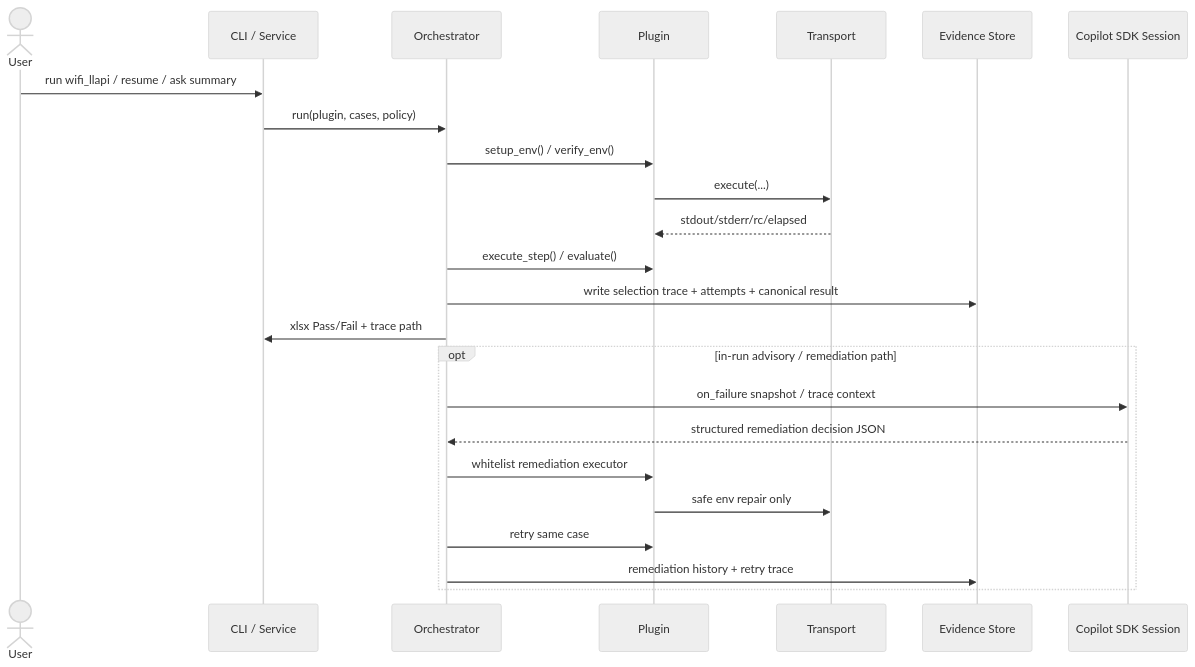
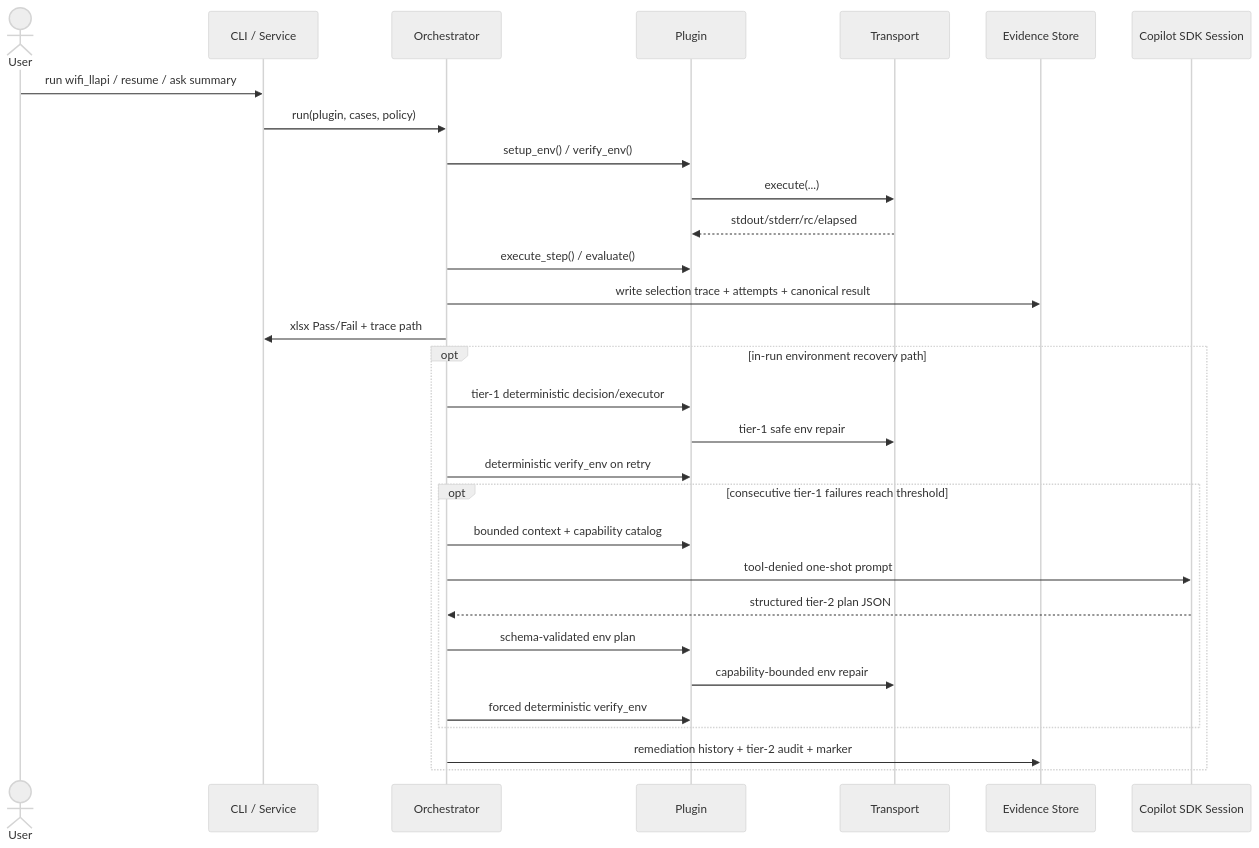
One commit to hamanpaul/testpilot-core changed the second of 2 diagrams in docs/spec.md. Above: the diagram before and after it, drawn with Mermaid (neutral theme). The commit also changed other lines of this file and 80 other files, not shown here.

First line of the commit message:
feat(agent): Azure-only agent runtime、tier-2 env recovery 與 core 成本報表 (#23)

````diff
--- a/docs/spec.md
+++ b/docs/spec.md
@@ -93,28 +112,34 @@
 ```mermaid
 sequenceDiagram
     actor User
     participant CLI as CLI / Service
     participant Orch as Orchestrator
     participant Plugin as Plugin
     participant Transport as Transport
     participant Evidence as Evidence Store
     participant CP as Copilot SDK Session
 
     User->>CLI: run wifi_llapi / resume / ask summary
     CLI->>Orch: run(plugin, cases, policy)
     Orch->>Plugin: setup_env() / verify_env()
     Plugin->>Transport: execute(...)
     Transport-->>Plugin: stdout/stderr/rc/elapsed
     Orch->>Plugin: execute_step() / evaluate()
     Orch->>Evidence: write selection trace + attempts + canonical result
     Orch->>CLI: xlsx Pass/Fail + trace path
 
-    opt in-run advisory / remediation path
-        Orch->>CP: on_failure snapshot / trace context
-        CP-->>Orch: structured remediation decision JSON
-        Orch->>Plugin: whitelist remediation executor
-        Plugin->>Transport: safe env repair only
-        Orch->>Plugin: retry same case
-        Orch->>Evidence: remediation history + retry trace
+    opt in-run environment recovery path
+        Orch->>Plugin: tier-1 deterministic decision/executor
+        Plugin->>Transport: tier-1 safe env repair
+        Orch->>Plugin: deterministic verify_env on retry
+        opt consecutive tier-1 failures reach threshold
+            Orch->>Plugin: bounded context + capability catalog
+            Orch->>CP: tool-denied one-shot prompt
+            CP-->>Orch: structured tier-2 plan JSON
+            Orch->>Plugin: schema-validated env plan
+            Plugin->>Transport: capability-bounded env repair
+            Orch->>Plugin: forced deterministic verify_env
+        end
+        Orch->>Evidence: remediation history + tier-2 audit + marker
     end
 ```
````
